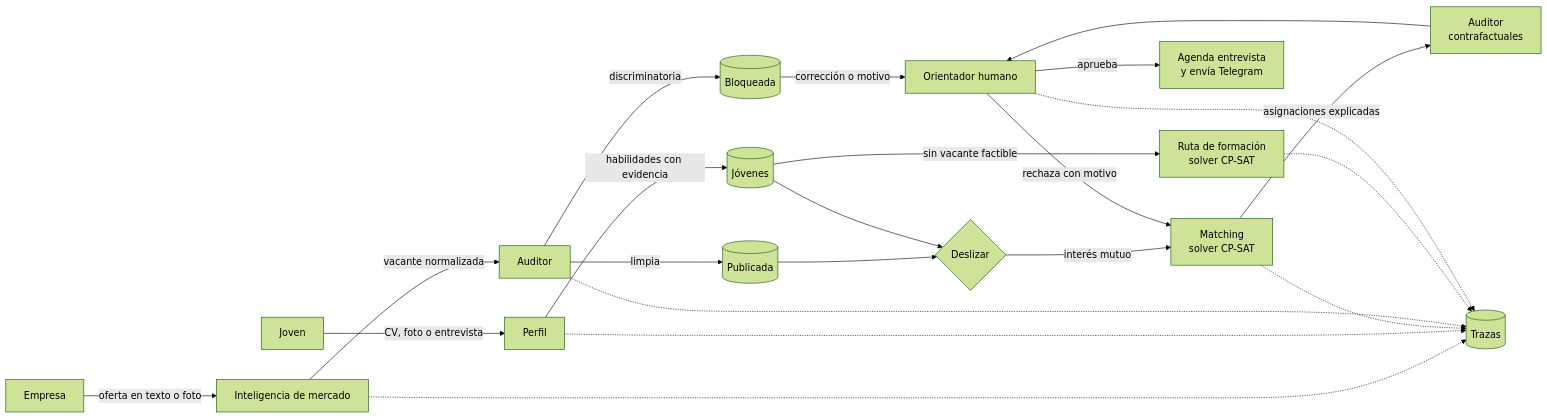
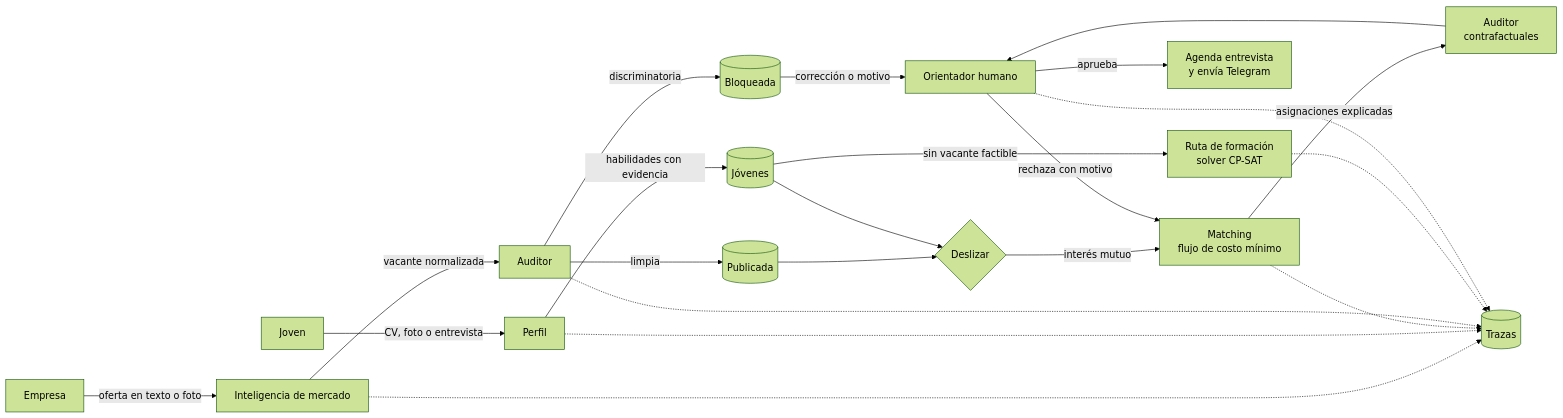
One commit to D4m0p/Hackathon-FISC changed the diagram in README.md. Above: the diagram before and after it, drawn with Mermaid (forest theme). The commit also changed other lines of this file and 13 other files, not shown here.

Commit message:
[matching] optimización: flujo de costo mínimo exacto (CP-SAT fallaba con miles de pares), factibilidad sin objetos, explicación solo de los elegidos y consultas puntuales en el almacén

````diff
--- a/README.md
+++ b/README.md
@@ -53,28 +53,28 @@
 ```mermaid
 flowchart LR
     E[Empresa] -->|oferta en texto o foto| M[Inteligencia de mercado]
     M -->|vacante normalizada| AU[Auditor]
     AU -->|discriminatoria| B[(Bloqueada)]
     B -->|corrección o motivo| O
     AU -->|limpia| P[(Publicada)]
 
     J[Joven] -->|CV, foto o entrevista| PE[Perfil]
     PE -->|habilidades con evidencia| R[(Jóvenes)]
 
     P --> D{Deslizar}
     R --> D
-    D -->|interés mutuo| MA[Matching<br/>solver CP-SAT]
+    D -->|interés mutuo| MA[Matching<br/>flujo de costo mínimo]
     MA -->|asignaciones explicadas| AU2[Auditor<br/>contrafactuales]
     AU2 --> O[Orientador humano]
     O -->|aprueba| AC[Agenda entrevista<br/>y envía Telegram]
     O -->|rechaza con motivo| MA
     R -->|sin vacante factible| RF[Ruta de formación<br/>solver CP-SAT]
 
     T[(Trazas)]
     M -.-> T
     PE -.-> T
     MA -.-> T
     AU -.-> T
     RF -.-> T
     O -.-> T
 ```
````
